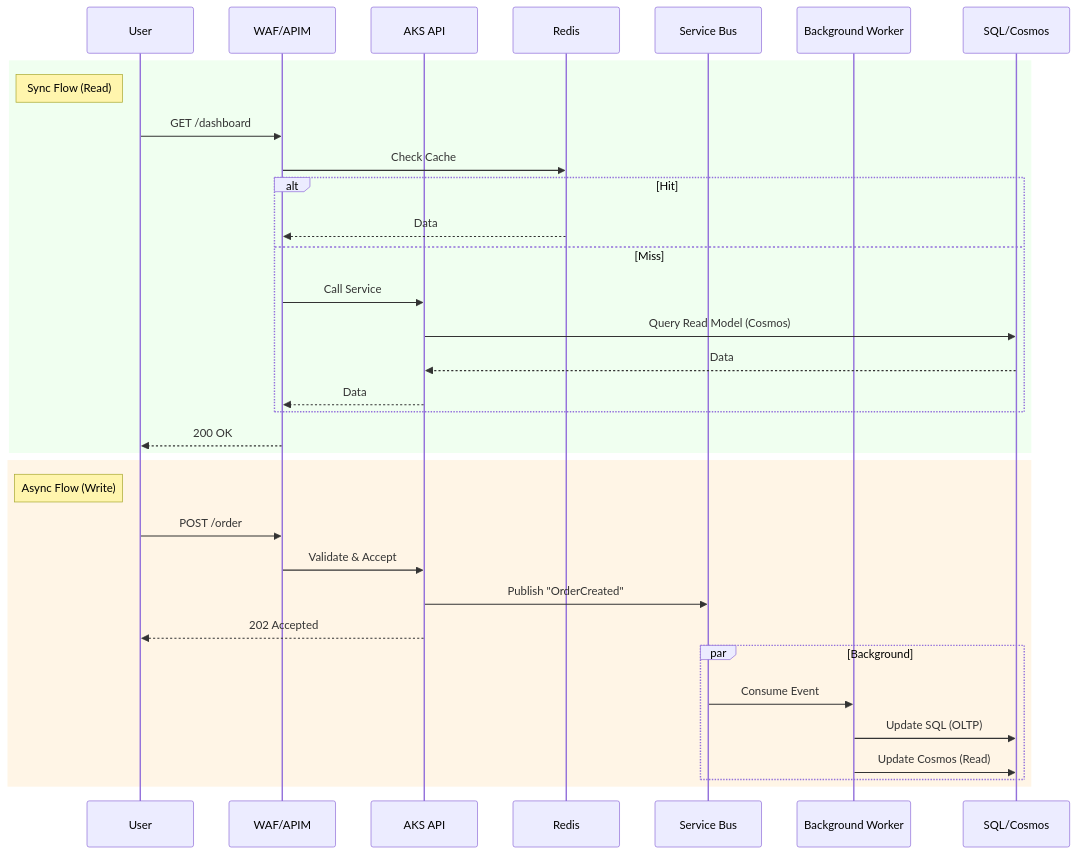
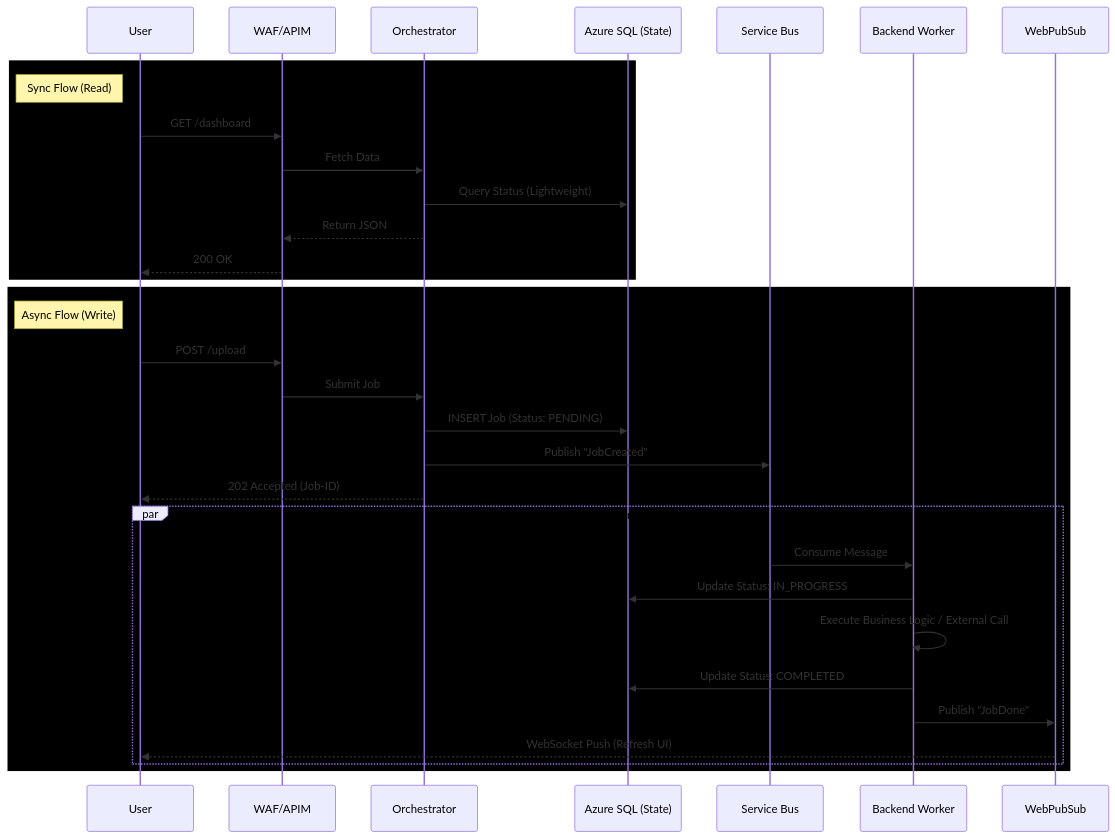
Before and after one commit to shashiguru/uip-architecture-assignment: diagram 12 of 12 in ARCHITECTURE_DEEP_DIVE.md, drawn with Mermaid. The commit also changed other lines of this file and 3 other files, not shown here.

First line of the commit message:
Refactor architecture documentation to enhance clarity and detail

````diff
--- a/ARCHITECTURE_DEEP_DIVE.md
+++ b/ARCHITECTURE_DEEP_DIVE.md
@@ -568,39 +585,38 @@
 ```mermaid
 sequenceDiagram
     participant User
     participant Edge as WAF/APIM
-    participant API as AKS API
-    participant Cache as Redis
+    participant API as Orchestrator
+    participant SQL as Azure SQL (State)
     participant Bus as Service Bus
-    participant Worker as Background Worker
-    participant DB as SQL/Cosmos
+    participant Worker as Backend Worker
+    participant PubSub as WebPubSub
 
-    rect rgb(240, 255, 240)
+    rect rgb(0, 0, 0)
         Note left of User: Sync Flow (Read)
         User->>Edge: GET /dashboard
-        Edge->>Cache: Check Cache
-        alt Hit
-            Cache-->>Edge: Data
-        else Miss
-            Edge->>API: Call Service
-            API->>DB: Query Read Model (Cosmos)
-            DB-->>API: Data
-            API-->>Edge: Data
-        end
+        Edge->>API: Fetch Data
+        API->>SQL: Query Status (Lightweight)
+        API-->>Edge: Return JSON
         Edge-->>User: 200 OK
     end
 
-    rect rgb(255, 245, 230)
+    rect rgb(0, 0, 0)
         Note left of User: Async Flow (Write)
-        User->>Edge: POST /order
-        Edge->>API: Validate & Accept
-        API->>Bus: Publish "OrderCreated"
-        API-->>User: 202 Accepted
+        User->>Edge: POST /upload
+        Edge->>API: Submit Job
+        API->>SQL: INSERT Job (Status: PENDING)
+        API->>Bus: Publish "JobCreated"
+        API-->>User: 202 Accepted (Job-ID)
         
-        par Background
-            Bus->>Worker: Consume Event
-            Worker->>DB: Update SQL (OLTP)
-            Worker->>DB: Update Cosmos (Read)
+        par Background Processing
+            Bus->>Worker: Consume Message
+            Worker->>SQL: Update Status: IN_PROGRESS
+            Worker->>Worker: Execute Business Logic / External Call
+            Worker->>SQL: Update Status: COMPLETED
+            
+            Worker->>PubSub: Publish "JobDone"
+            PubSub-->>User: WebSocket Push (Refresh UI)
         end
     end
 ```
````
